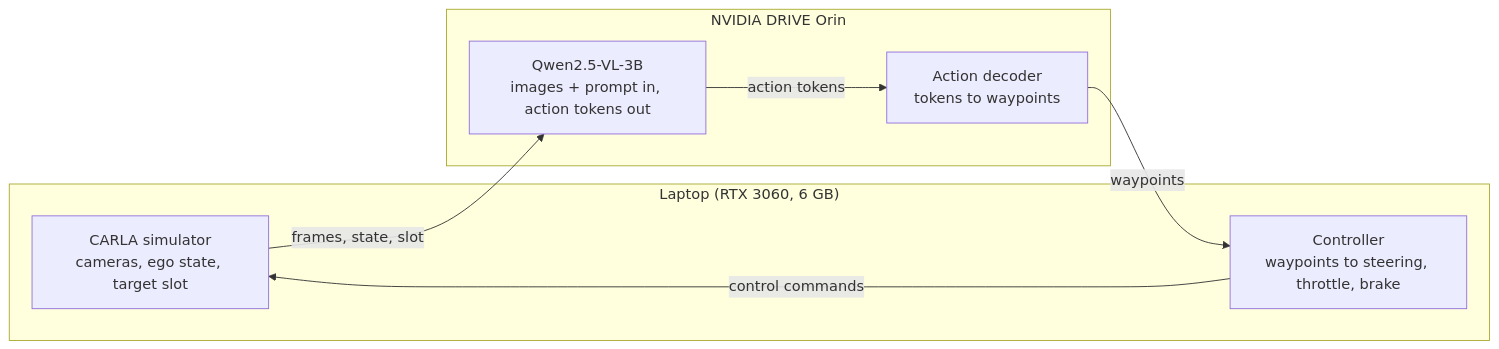
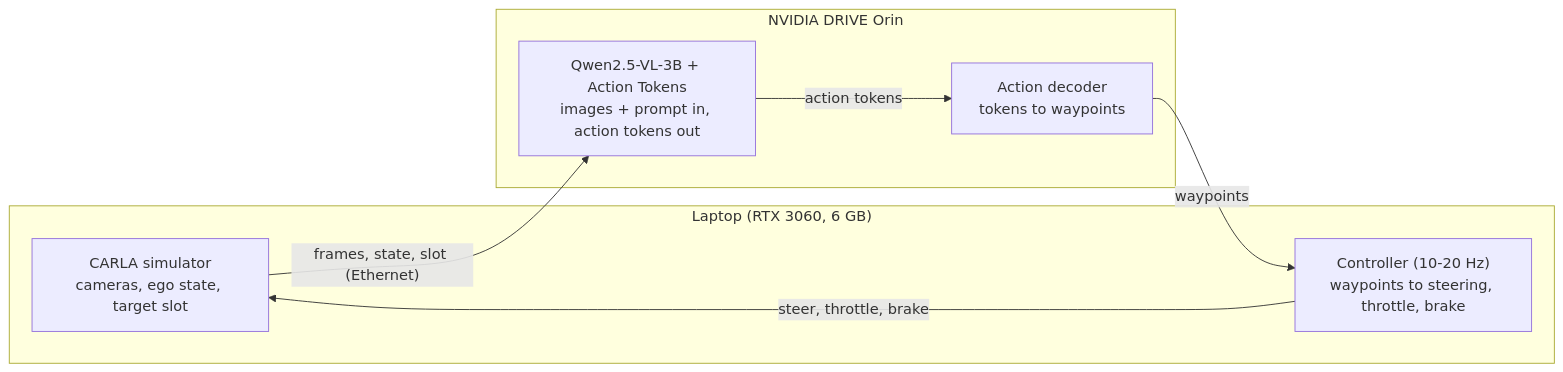
Before and after one commit to AbdelrhmanNouby/e2e-vla-parking: the first of 2 diagrams in README.md, drawn with Mermaid. The commit also changed other lines of this file, not shown here.

````diff
--- a/README.md
+++ b/README.md
@@ -19,15 +19,15 @@
 ```mermaid
 flowchart LR
     subgraph LAPTOP["Laptop (RTX 3060, 6 GB)"]
         CARLA["CARLA simulator<br/>cameras, ego state, target slot"]
-        CTRL["Controller<br/>waypoints to steering, throttle, brake"]
+        CTRL["Controller (10-20 Hz)<br/>waypoints to steering, throttle, brake"]
     end
     subgraph ORIN["NVIDIA DRIVE Orin"]
-        VLM["Qwen2.5-VL-3B<br/>images + prompt in, action tokens out"]
+        VLM["Qwen2.5-VL-3B + Action Tokens<br/>images + prompt in, action tokens out"]
         DEC["Action decoder<br/>tokens to waypoints"]
     end
-    CARLA -->|"frames, state, slot"| VLM
+    CARLA -->|"frames, state, slot (Ethernet)"| VLM
     VLM -->|"action tokens"| DEC
     DEC -->|"waypoints"| CTRL
-    CTRL -->|"control commands"| CARLA
+    CTRL -->|"steer, throttle, brake"| CARLA
 ```
````
